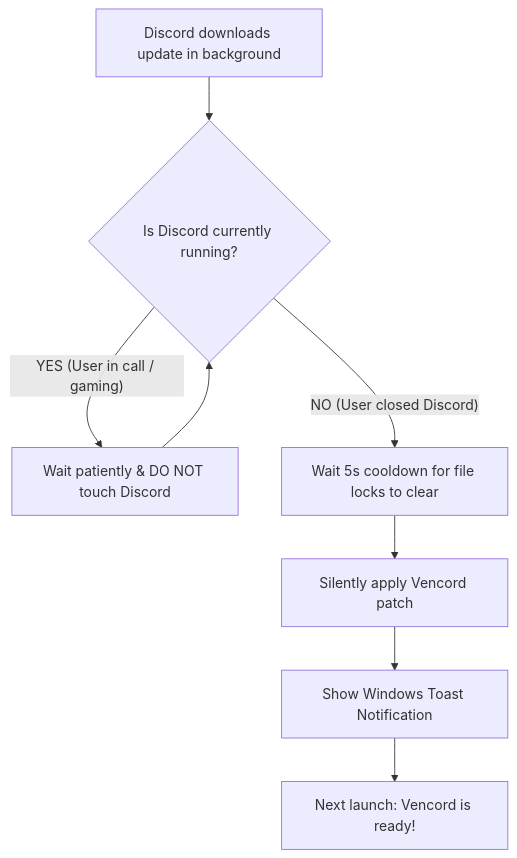
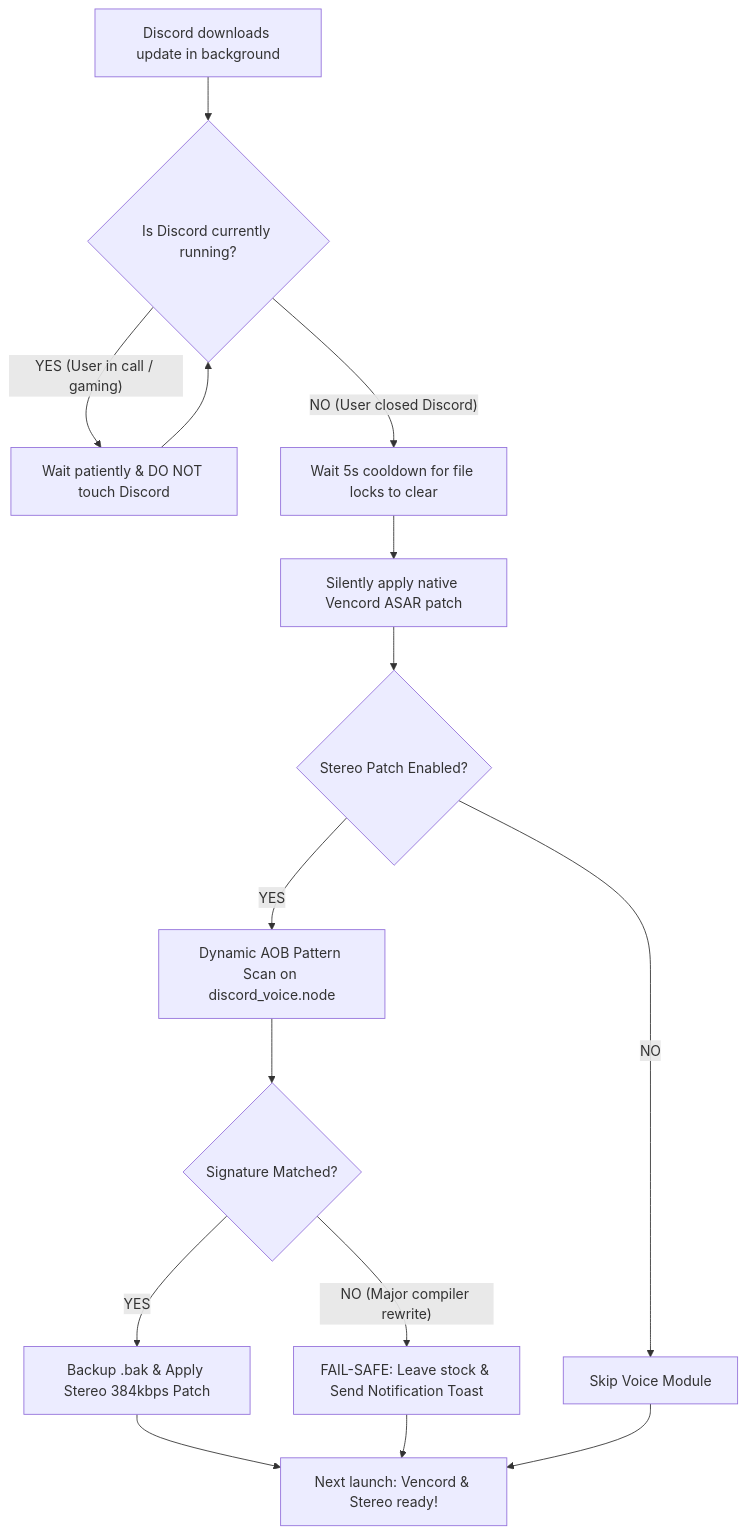
The diagram in README.md (sinny999s/VencordGracefulPatch), drawn with Mermaid before and after one commit. The commit also changed other lines of this file and 6 other files, not shown here.

Commit message:
Add dynamic pattern-scanning stereo voice patcher with fail-safe notifications

````diff
--- a/README.md
+++ b/README.md
@@ -30,10 +24,17 @@
 ```mermaid
 flowchart TD
     A["Discord downloads update in background"] --> B{"Is Discord currently running?"}
     B -- "YES (User in call / gaming)" --> C["Wait patiently & DO NOT touch Discord"]
     C --> B
     B -- "NO (User closed Discord)" --> D["Wait 5s cooldown for file locks to clear"]
-    D --> E["Silently apply Vencord patch"]
-    E --> F["Show Windows Toast Notification"]
-    F --> G["Next launch: Vencord is ready!"]
+    D --> E["Silently apply native Vencord ASAR patch"]
+    E --> F{"Stereo Patch Enabled?"}
+    F -- "YES" --> G["Dynamic AOB Pattern Scan on discord_voice.node"]
+    G --> H{"Signature Matched?"}
+    H -- "YES" --> I["Backup .bak & Apply Stereo 384kbps Patch"]
+    H -- "NO (Major compiler rewrite)" --> J["FAIL-SAFE: Leave stock & Send Notification Toast"]
+    F -- "NO" --> K["Skip Voice Module"]
+    I --> L["Next launch: Vencord & Stereo ready!"]
+    J --> L
+    K --> L
 ```
````
